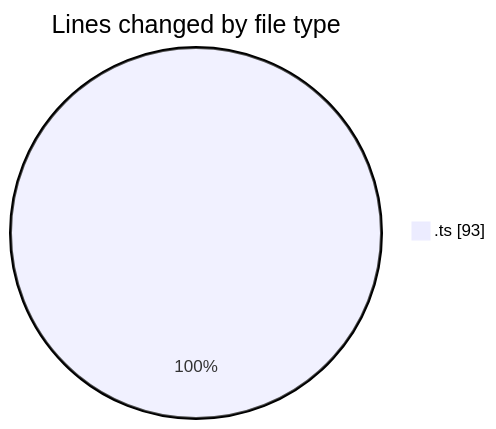
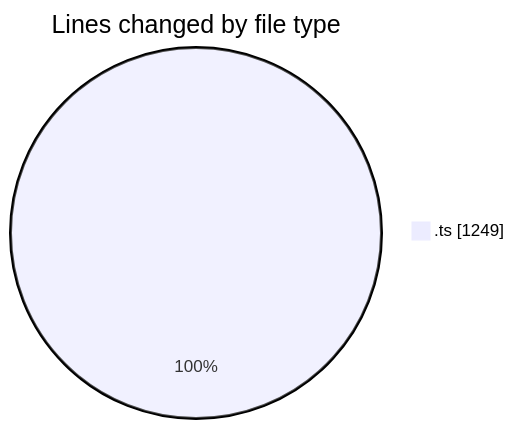
The first of 2 diagrams in 2025-10-23/cda/README.md (momahboobian/code-tracking), drawn with Mermaid before and after one commit. The commit also changed other lines of this file and 1 other file, not shown here.

````diff
--- a/2025-10-23/cda/README.md
+++ b/2025-10-23/cda/README.md
@@ -21,5 +23,5 @@
 ```mermaid
 pie showData
 title Lines changed by file type
-".ts" : 93
+".ts" : 1249
 ```
````
